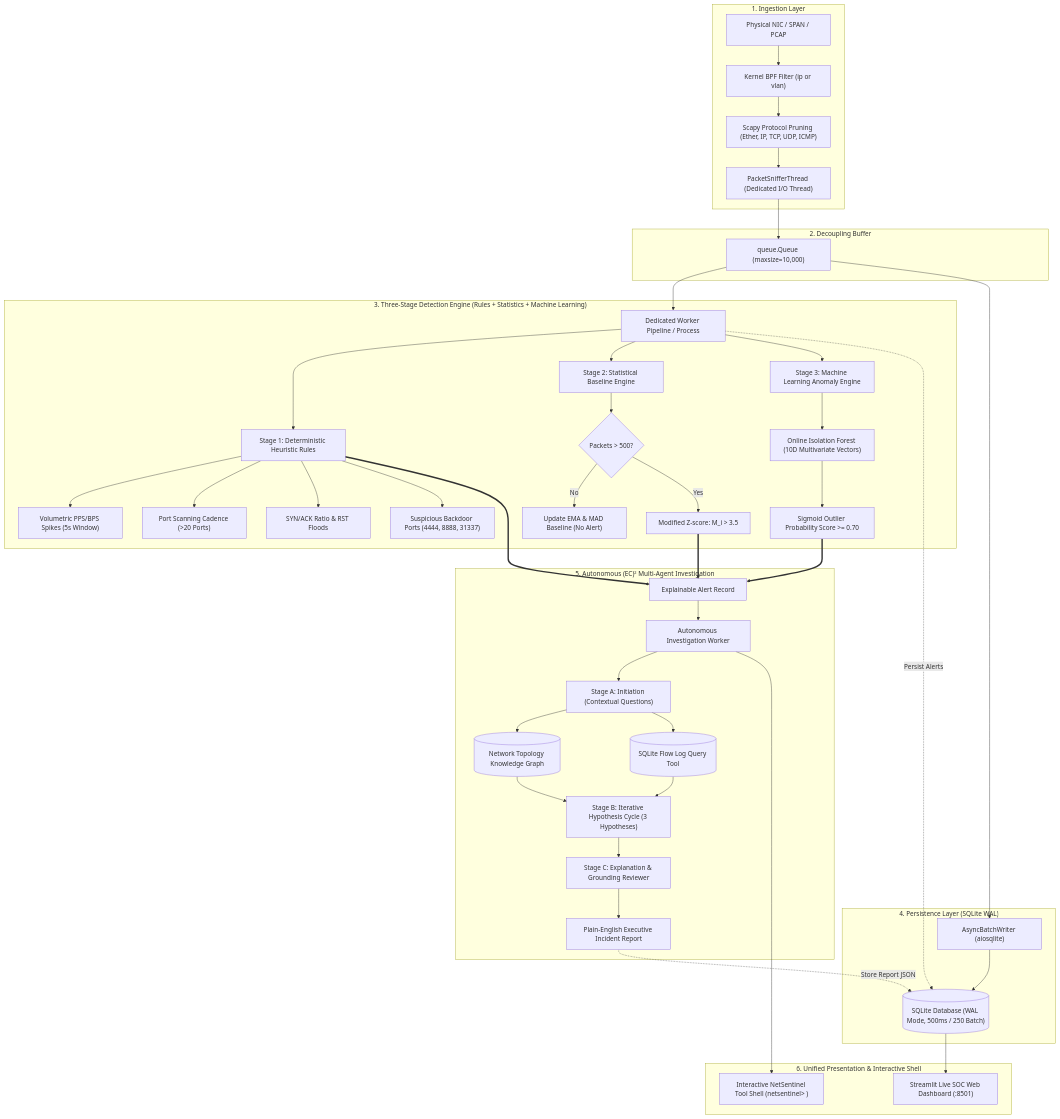
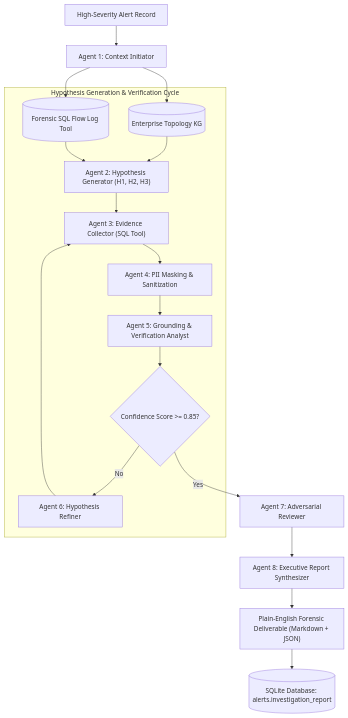
The diagram in README.md (Osxninja/NetSentinel), drawn with Mermaid before and after one commit. The commit also changed other lines of this file, not shown here.

````diff
--- a/README.md
+++ b/README.md
@@ -54,53 +310,21 @@
 ```mermaid
 flowchart TD
-    subgraph Ingestion["1. Ingestion Layer"]
-        NIC["Physical NIC / SPAN / PCAP"] --> BPF["Kernel BPF Filter (ip or vlan)"]
-        BPF --> Prune["Scapy Protocol Pruning (Ether, IP, TCP, UDP, ICMP)"]
-        Prune --> Sniffer["PacketSnifferThread (Dedicated I/O Thread)"]
+    Alert["High-Severity Alert Record"] --> Init["Agent 1: Context Initiator"]
+    Init --> KG[("Enterprise Topology KG")]
+    Init --> SQL[("Forensic SQL Flow Log Tool")]
+    
+    subgraph Iteration["Hypothesis Generation & Verification Cycle"]
+        KG & SQL --> HypoGen["Agent 2: Hypothesis Generator (H1, H2, H3)"]
+        HypoGen --> EvQuery["Agent 3: Evidence Collector (SQL Tool)"]
+        EvQuery --> Redact["Agent 4: PII Masking & Sanitization"]
+        Redact --> Grounding["Agent 5: Grounding & Verification Analyst"]
+        Grounding --> Score{"Confidence Score >= 0.85?"}
+        Score -- No --> Refine["Agent 6: Hypothesis Refiner"]
+        Refine --> EvQuery
     end
-
-    subgraph Buffer["2. Decoupling Buffer"]
-        Sniffer --> RingBuffer["queue.Queue (maxsize=10,000)"]
-    end
-
-    subgraph Analytics["3. Three-Stage Detection Engine (Rules + Statistics + Machine Learning)"]
-        RingBuffer --> DetectorProc["Dedicated Worker Pipeline / Process"]
-        DetectorProc --> S1["Stage 1: Deterministic Heuristic Rules"]
-        S1 --> S1_PPS["Volumetric PPS/BPS Spikes (5s Window)"]
-        S1 --> S1_Scan["Port Scanning Cadence (>20 Ports)"]
-        S1 --> S1_Flags["SYN/ACK Ratio & RST Floods"]
-        S1 --> S1_Ports["Suspicious Backdoor Ports (4444, 8888, 31337)"]
-
-        DetectorProc --> S2["Stage 2: Statistical Baseline Engine"]
-        S2 --> S2_Warmup{"Packets > 500?"}
-        S2_Warmup -- No --> S2_Learn["Update EMA & MAD Baseline (No Alert)"]
-        S2_Warmup -- Yes --> S2_ZScore["Modified Z-score: M_i > 3.5"]
-
-        DetectorProc --> S3["Stage 3: Machine Learning Anomaly Engine"]
-        S3 --> S3_IF["Online Isolation Forest (10D Multivariate Vectors)"]
-        S3_IF --> S3_Sigmoid["Sigmoid Outlier Probability Score >= 0.70"]
-    end
-
-    subgraph Storage["4. Persistence Layer (SQLite WAL)"]
-        RingBuffer --> BatchWriter["AsyncBatchWriter (aiosqlite)"]
-        BatchWriter --> SQLite[("SQLite Database (WAL Mode, 500ms / 250 Batch)")]
-        DetectorProc -. Persist Alerts .-> SQLite
-    end
-
-    subgraph MultiAgent["5. Autonomous (EC)² Multi-Agent Investigation"]
-        S1 & S2_ZScore & S3_Sigmoid ==> Alert["Explainable Alert Record"]
-        Alert --> AutoWorker["Autonomous Investigation Worker"]
-        AutoWorker --> StageA["Stage A: Initiation (Contextual Questions)"]
-        StageA --> KG[("Network Topology Knowledge Graph")]
-        StageA --> SQL_Tool[("SQLite Flow Log Query Tool")]
-        KG & SQL_Tool --> StageB["Stage B: Iterative Hypothesis Cycle (3 Hypotheses)"]
-        StageB --> StageC["Stage C: Explanation & Grounding Reviewer"]
-        StageC --> Report["Plain-English Executive Incident Report"]
-        Report -. Store Report JSON .-> SQLite
-    end
-
-    subgraph UI["6. Unified Presentation & Interactive Shell"]
-        SQLite --> Streamlit["Streamlit Live SOC Web Dashboard (:8501)"]
-        AutoWorker --> CLI["Interactive NetSentinel Tool Shell (netsentinel> )"]
-    end
+    
+    Score -- Yes --> Review["Agent 7: Adversarial Reviewer"]
+    Review --> Synth["Agent 8: Executive Report Synthesizer"]
+    Synth --> FinalReport["Plain-English Forensic Deliverable (Markdown + JSON)"]
+    FinalReport --> DB[("SQLite Database: alerts.investigation_report")]
 ```
````
